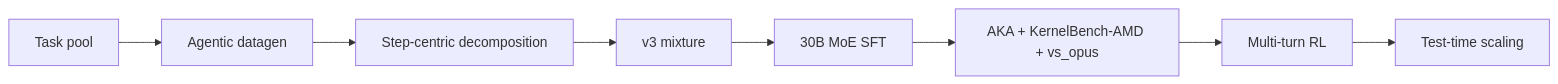
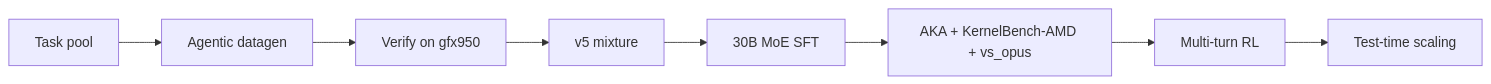
Before and after one commit to amd-shasriva/KORE: the diagram in README.md, drawn with Mermaid. The commit also changed other lines of this file and 13 other files, not shown here.

````diff
--- a/README.md
+++ b/README.md
@@ -17,10 +58,10 @@
 ```mermaid
 flowchart LR
   P[Task pool] --> D[Agentic datagen]
-  D --> S[Step-centric decomposition]
-  S --> M[v3 mixture]
+  D --> V[Verify on gfx950]
+  V --> M[v5 mixture]
   M --> F[30B MoE SFT]
   F --> E[AKA + KernelBench-AMD + vs_opus]
   E --> R[Multi-turn RL]
   R --> T[Test-time scaling]
 ```
````
